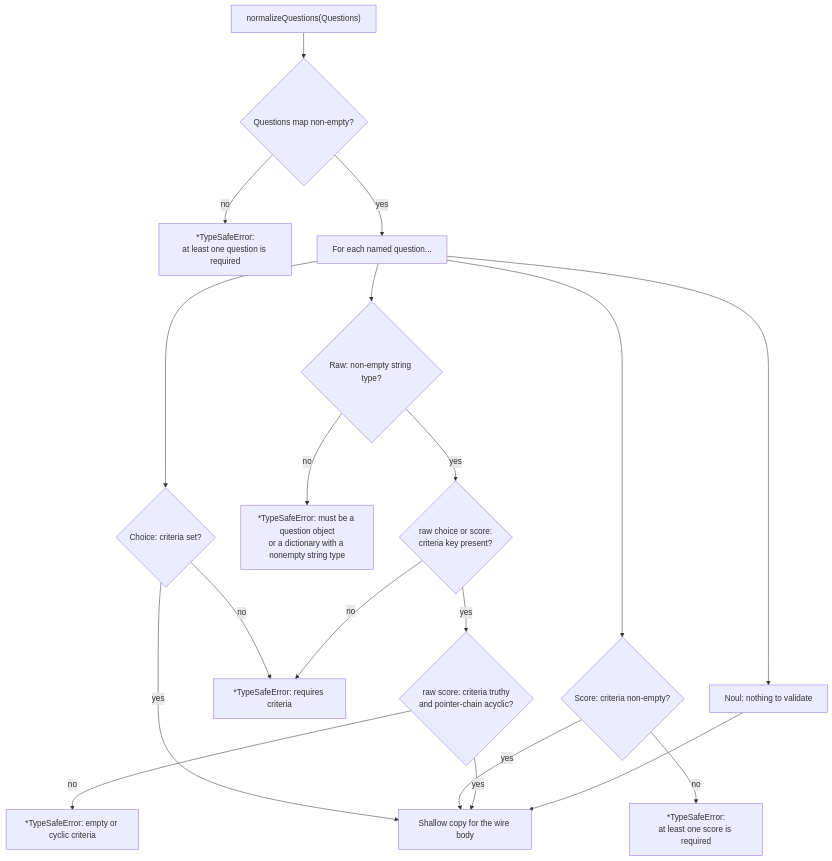
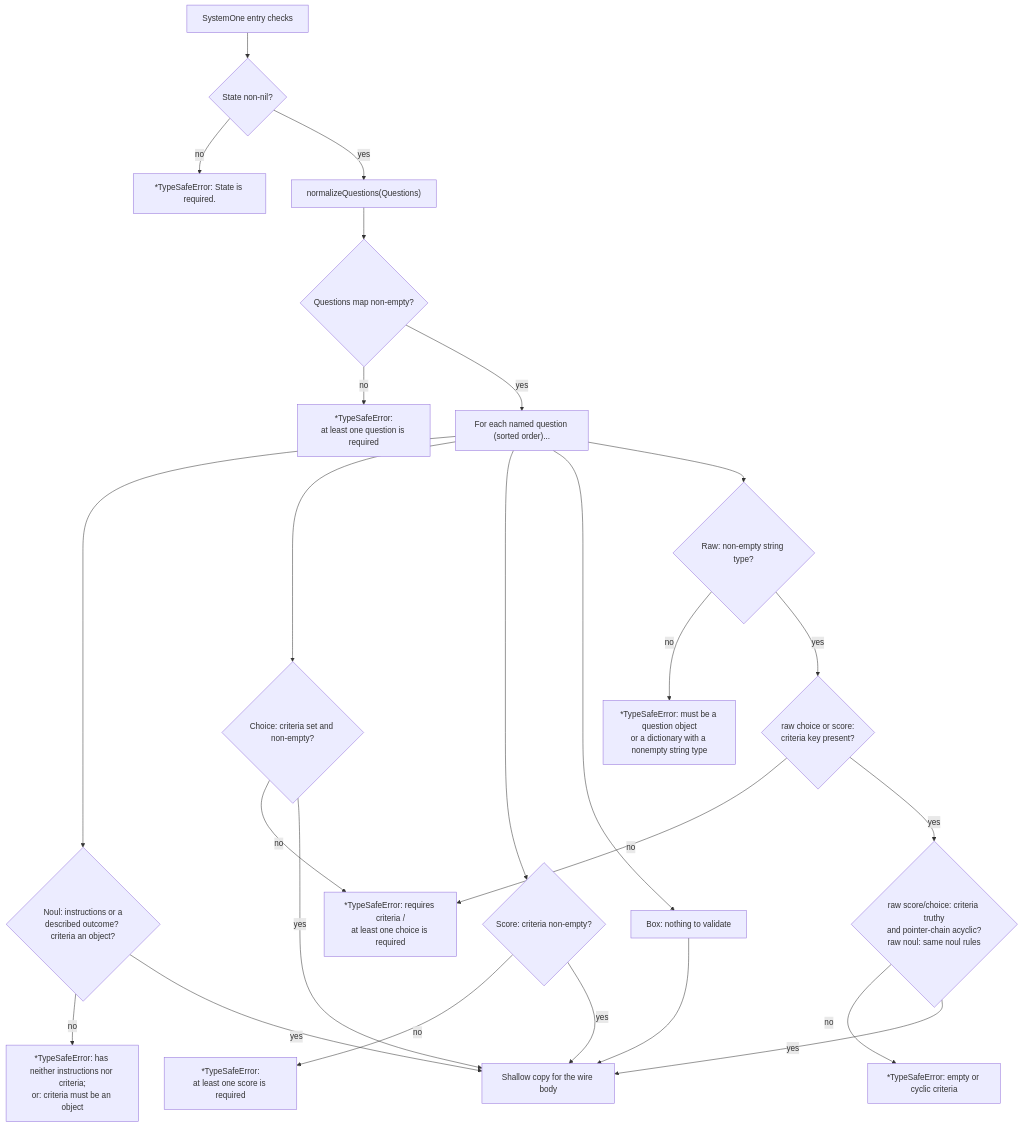
Before and after one commit to captain-corgi/typesafe-sdk-go: the second of 2 diagrams in docs/questions.md, drawn with Mermaid. The commit also changed other lines of this file and 41 other files, not shown here.

````diff
--- a/docs/questions.md
+++ b/docs/questions.md
@@ -86,21 +96,27 @@
 ```mermaid
 flowchart TB
-    n0["normalizeQuestions(Questions)"] --> n1{"Questions map non-empty?"}
+    n0["SystemOne entry checks"] --> s1{"State non-nil?"}
+    s1 -->|no| e0["*TypeSafeError: State is required."]
+    s1 -->|yes| n0q["normalizeQuestions(Questions)"]
+    n0q --> n1{"Questions map non-empty?"}
     n1 -->|no| e1["*TypeSafeError:<br>at least one question is required"]
-    n1 -->|yes| n2["For each named question..."]
-    n2 --> k1["Noul: nothing to validate"]
-    n2 --> k2{"Choice: criteria set?"}
-    k2 -->|no| e2["*TypeSafeError: requires criteria"]
+    n1 -->|yes| n2["For each named question (sorted order)..."]
+    n2 --> k1{"Noul: instructions or a<br>described outcome? criteria an object?"}
+    k1 -->|no| e6["*TypeSafeError: has neither instructions nor criteria;<br>or: criteria must be an object"]
+    k1 -->|yes| ok
+    n2 --> k2{"Choice: criteria set and non-empty?"}
+    k2 -->|no| e2["*TypeSafeError: requires criteria /<br>at least one choice is required"]
     k2 -->|yes| ok
     n2 --> k3{"Score: criteria non-empty?"}
     k3 -->|no| e3["*TypeSafeError:<br>at least one score is required"]
     k3 -->|yes| ok
+    n2 --> kb["Box: nothing to validate"]
     n2 --> k4{"Raw: non-empty string type?"}
     k4 -->|no| e4["*TypeSafeError: must be a question object<br>or a dictionary with a nonempty string type"]
     k4 -->|yes| k5{"raw choice or score:<br>criteria key present?"}
     k5 -->|no| e2
-    k5 -->|yes| k6{"raw score: criteria truthy<br>and pointer-chain acyclic?"}
+    k5 -->|yes| k6{"raw score/choice: criteria truthy<br>and pointer-chain acyclic?<br>raw noul: same noul rules"}
     k6 -->|no| e5["*TypeSafeError: empty or cyclic criteria"]
     k6 -->|yes| ok
-    k1 --> ok["Shallow copy for the wire body"]
+    kb --> ok["Shallow copy for the wire body"]
 ```
````
